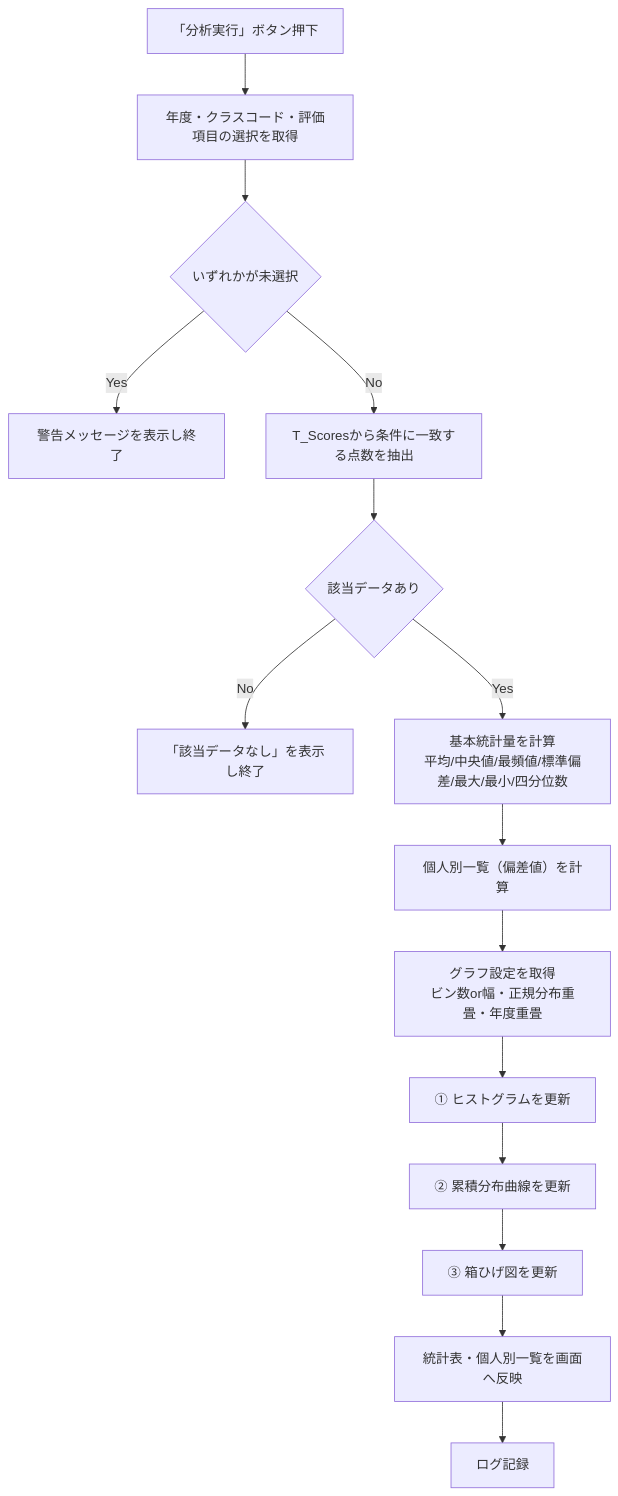
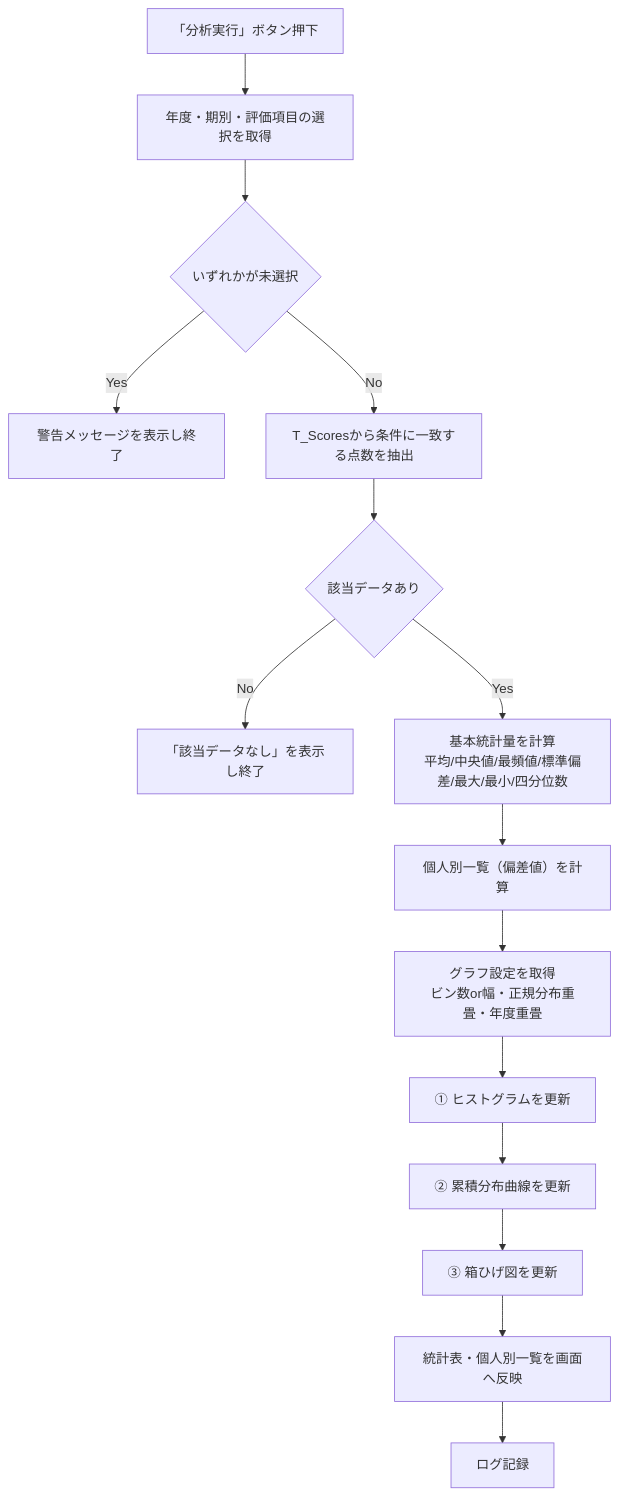
The second of 4 diagrams in docs/04_処理フロー図.md (yastdKHS/sandbox), drawn with Mermaid before and after one commit. The commit also changed other lines of this file and 14 other files, not shown here.

````diff
--- a/docs/04_処理フロー図.md
+++ b/docs/04_処理フロー図.md
@@ -42,17 +42,17 @@
 ```mermaid
 flowchart TD
-    A[「分析実行」ボタン押下] --> B[年度・クラスコード・評価項目の選択を取得]
+    A[「分析実行」ボタン押下] --> B[年度・期別・評価項目の選択を取得]
     B --> C{いずれかが未選択}
     C -->|Yes| C1[警告メッセージを表示し終了]
     C -->|No| D[T_Scoresから条件に一致する点数を抽出]
     D --> E{該当データあり}
     E -->|No| E1[「該当データなし」を表示し終了]
     E -->|Yes| F[基本統計量を計算\n平均/中央値/最頻値/標準偏差/最大/最小/四分位数]
     F --> G[個人別一覧（偏差値）を計算]
     G --> H[グラフ設定を取得\nビン数or幅・正規分布重畳・年度重畳]
     H --> I[① ヒストグラムを更新]
     I --> J[② 累積分布曲線を更新]
     J --> K[③ 箱ひげ図を更新]
     K --> L[統計表・個人別一覧を画面へ反映]
     L --> M[ログ記録]
 ```
````
